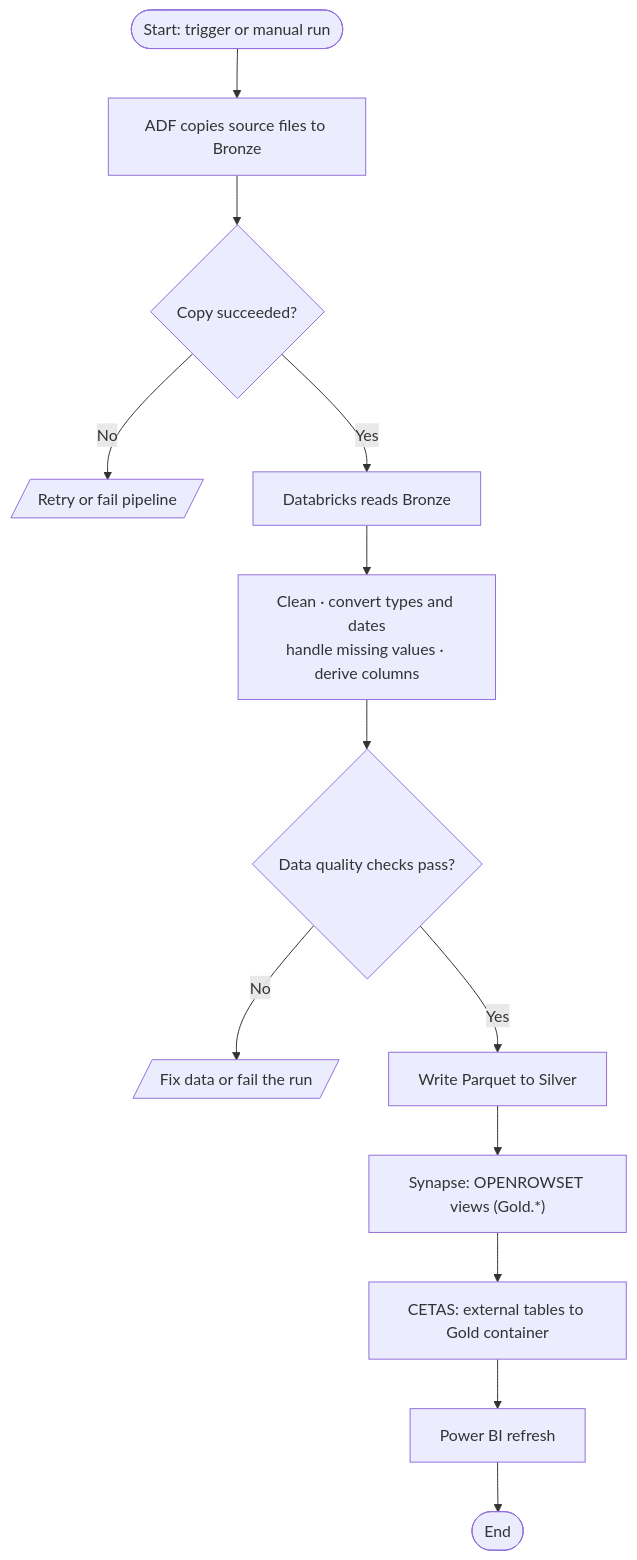
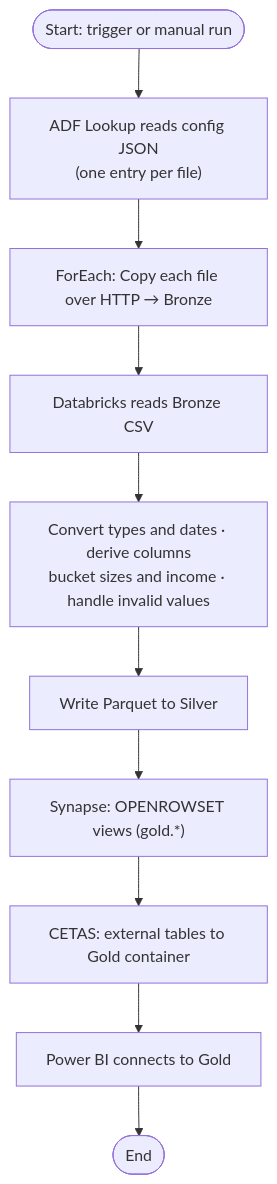
The third of 4 diagrams in README.md (Abinash072/Azure-End-To-End-Data-Engineering-Project), drawn with Mermaid before and after one commit. The commit also changed other lines of this file and 1 other file, not shown here.

````diff
--- a/README.md
+++ b/README.md
@@ -113,15 +113,12 @@
 ```mermaid
 flowchart TD
-    A([Start: trigger or manual run]) --> B[ADF copies source files to Bronze]
-    B --> C{Copy succeeded?}
-    C -- No --> X[/Retry or fail pipeline/]
-    C -- Yes --> D[Databricks reads Bronze]
-    D --> E["Clean · convert types and dates<br/>handle missing values · derive columns"]
-    E --> F{Data quality checks pass?}
-    F -- No --> Y[/Fix data or fail the run/]
-    F -- Yes --> G[Write Parquet to Silver]
-    G --> H["Synapse: OPENROWSET views (Gold.*)"]
-    H --> I["CETAS: external tables to Gold container"]
-    I --> J[Power BI refresh]
-    J --> K([End])
+    A([Start: trigger or manual run]) --> B["ADF Lookup reads config JSON<br/>(one entry per file)"]
+    B --> C["ForEach: Copy each file over HTTP → Bronze"]
+    C --> D["Databricks reads Bronze CSV"]
+    D --> E["Convert types and dates · derive columns<br/>bucket sizes and income · handle invalid values"]
+    E --> F["Write Parquet to Silver"]
+    F --> G["Synapse: OPENROWSET views (gold.*)"]
+    G --> H["CETAS: external tables to Gold container"]
+    H --> I["Power BI connects to Gold"]
+    I --> J([End])
 ```
````
